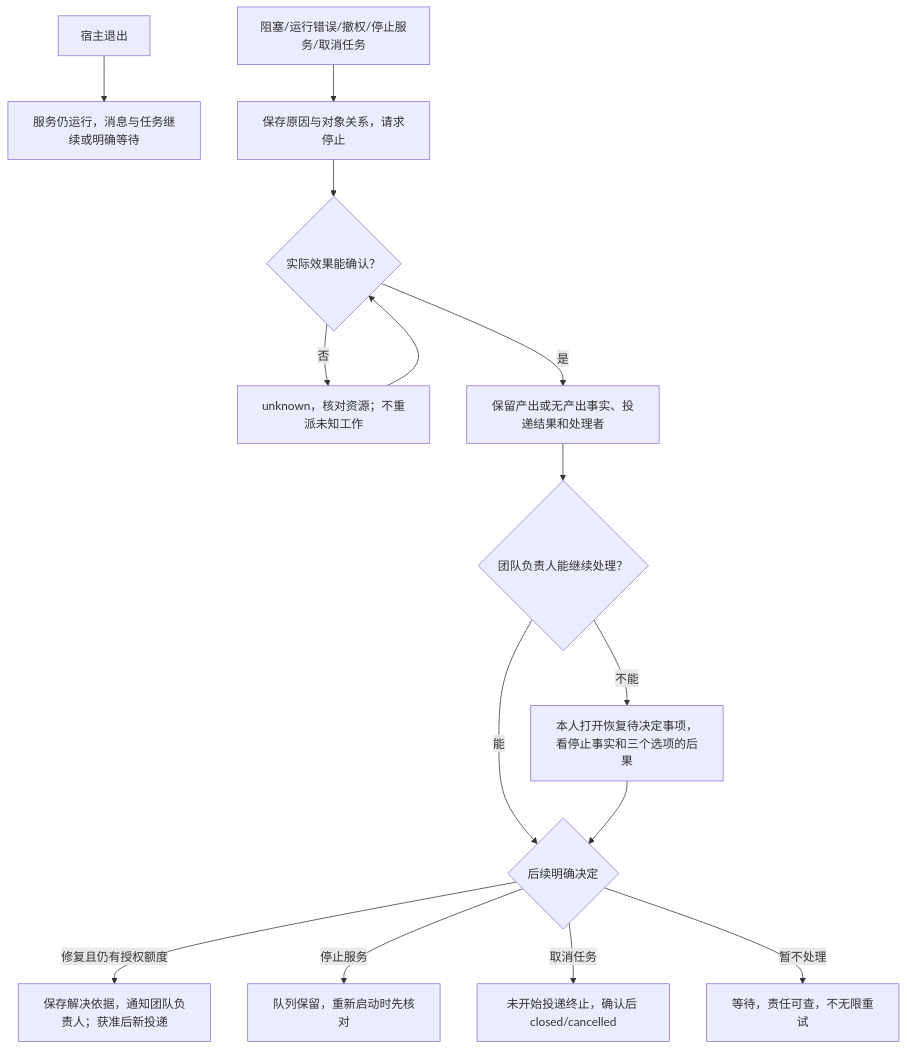
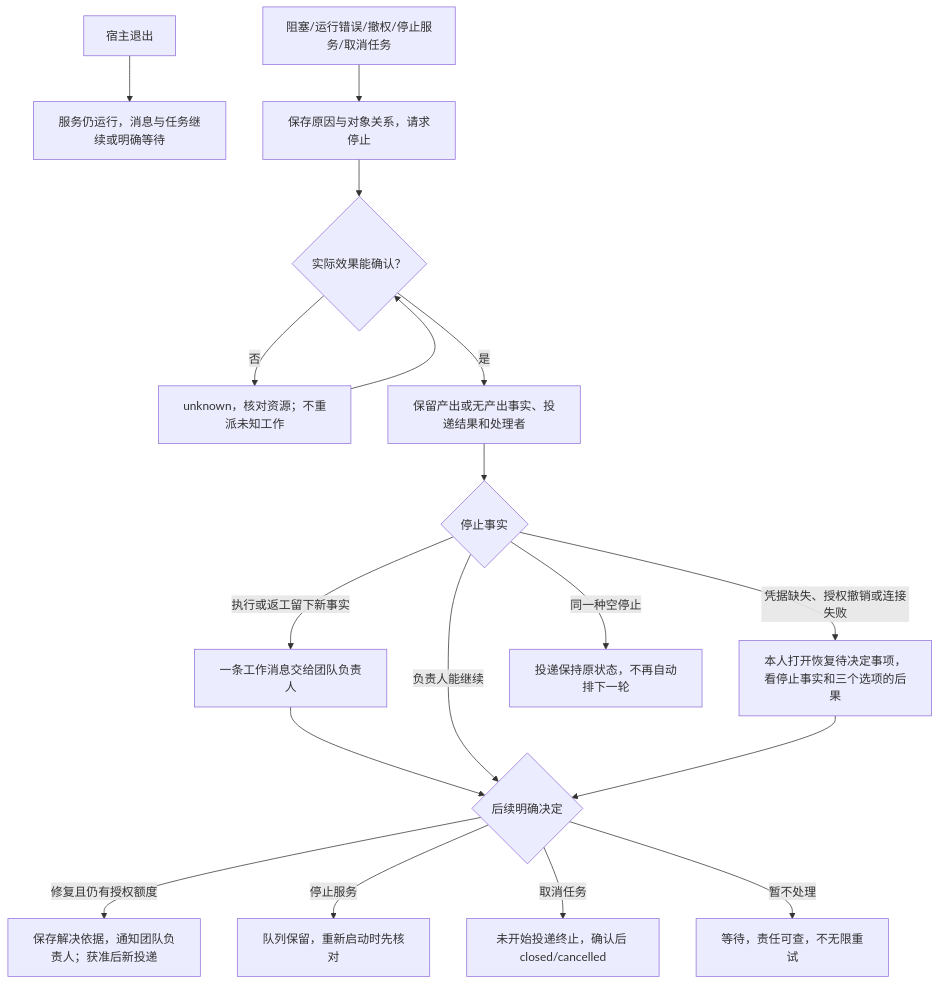
Before and after one commit to xforce-io/atelier: the seventh of 8 diagrams in docs/design/1-first-team-delivery/product.md, drawn with Mermaid. The commit also changed other lines of this file and 12 other files, not shown here.

````diff
--- a/docs/design/1-first-team-delivery/product.md
+++ b/docs/design/1-first-team-delivery/product.md
@@ -269,17 +271,20 @@
 ```mermaid
 flowchart TD
     A[宿主退出] --> B[服务仍运行，消息与任务继续或明确等待]
     C[阻塞/运行错误/撤权/停止服务/取消任务] --> D[保存原因与对象关系，请求停止]
     D --> E{实际效果能确认？}
     E -->|否| F[unknown，核对资源；不重派未知工作]
     F --> E
     E -->|是| G[保留产出或无产出事实、投递结果和处理者]
-    G --> N{团队负责人能继续处理？}
-    N -->|不能| M[本人打开恢复待决定事项，看停止事实和三个选项的后果]
-    N -->|能| H{后续明确决定}
+    G --> N{停止事实}
+    N -->|凭据缺失、授权撤销或连接失败| M[本人打开恢复待决定事项，看停止事实和三个选项的后果]
+    N -->|执行或返工留下新事实| P[一条工作消息交给团队负责人]
+    P --> H
+    N -->|同一种空停止| Q[投递保持原状态，不再自动排下一轮]
+    N -->|负责人能继续| H{后续明确决定}
     M --> H
     H -->|修复且仍有授权额度| I[保存解决依据，通知团队负责人；获准后新投递]
     H -->|停止服务| J[队列保留，重新启动时先核对]
     H -->|取消任务| K[未开始投递终止，确认后 closed/cancelled]
     H -->|暂不处理| L[等待，责任可查，不无限重试]
 ```
````
